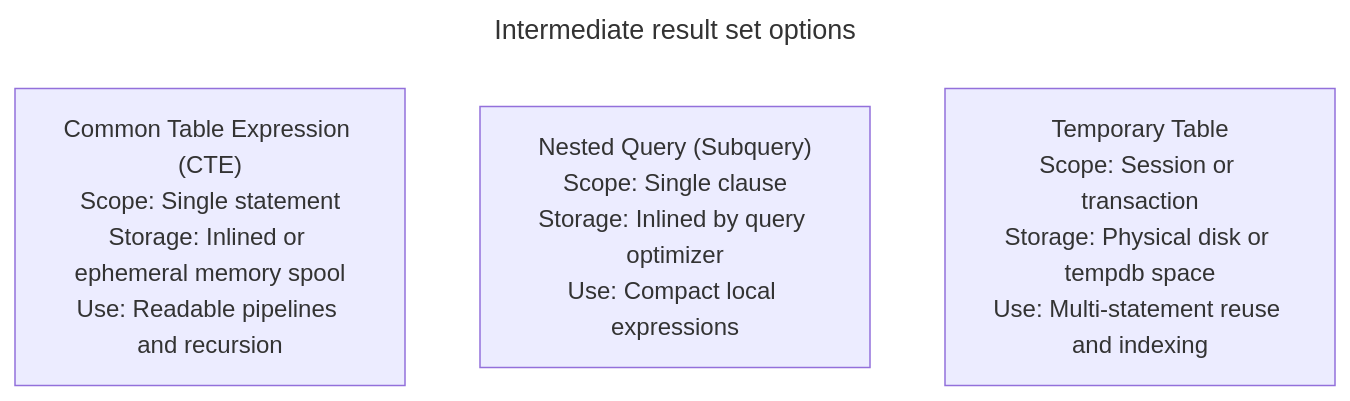
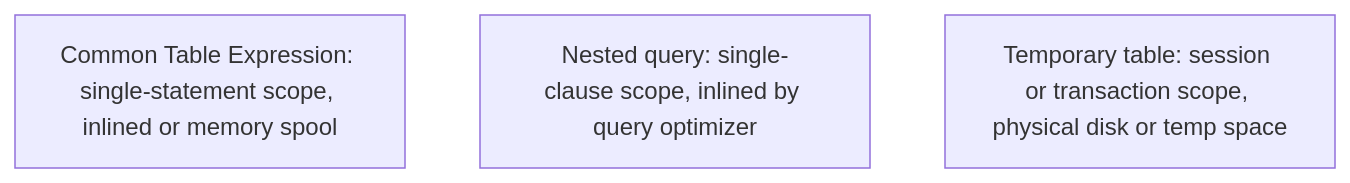
Before and after one commit to VineethChivukula/dedocs: the diagram in content/sql/common-table-expressions.md, drawn with Mermaid. The commit also changed other lines of this file and 26 other files, not shown here.

````diff
--- a/content/sql/common-table-expressions.md
+++ b/content/sql/common-table-expressions.md
@@ -97,9 +129,6 @@
 ```mermaid
----
-title: Intermediate result set options
----
 flowchart TD
-    CTE["Common Table Expression (CTE)<br/>Scope: Single statement<br/>Storage: Inlined or ephemeral memory spool<br/>Use: Readable pipelines and recursion"]
-    Sub["Nested Query (Subquery)<br/>Scope: Single clause<br/>Storage: Inlined by query optimizer<br/>Use: Compact local expressions"]
-    Temp["Temporary Table<br/>Scope: Session or transaction<br/>Storage: Physical disk or tempdb space<br/>Use: Multi-statement reuse and indexing"]
+    CTE["Common Table Expression: single-statement scope, inlined or memory spool"]
+    Sub["Nested query: single-clause scope, inlined by query optimizer"]
+    Temp["Temporary table: session or transaction scope, physical disk or temp space"]
 ```
````
